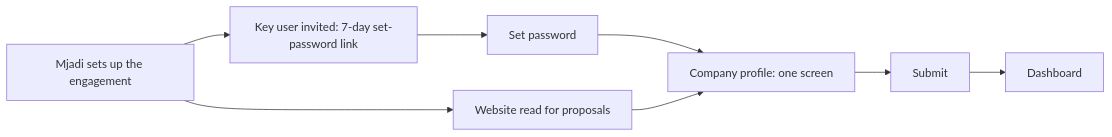
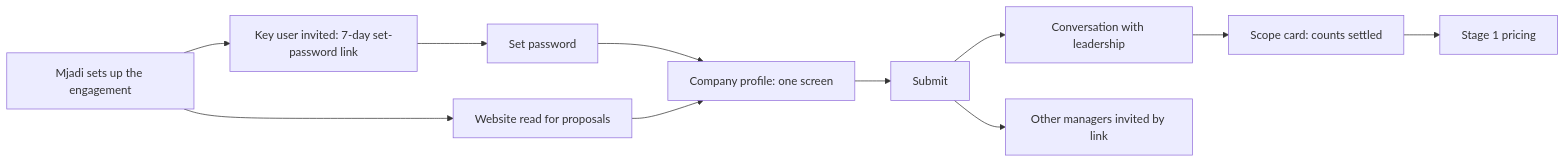
Before and after one commit to malikusman/req_app: the fourth of 6 diagrams in docs/APPLICATION_GUIDE.md, drawn with Mermaid. The commit also changed other lines of this file and 2 other files, not shown here.

First line of the commit message:
Document the conversation with leadership

````diff
--- a/docs/APPLICATION_GUIDE.md
+++ b/docs/APPLICATION_GUIDE.md
@@ -291,9 +291,11 @@
 ```mermaid
 flowchart LR
   Setup[Mjadi sets up the engagement] --> Invite[Key user invited: 7-day set-password link]
   Setup --> Read[Website read for proposals]
   Invite --> SetPw[Set password]
   SetPw --> Profile[Company profile: one screen]
   Read --> Profile
-  Profile --> Submit[Submit] --> Dashboard[Dashboard]
+  Profile --> Submit[Submit] --> Leadership[Conversation with leadership]
+  Submit --> Managers[Other managers invited by link]
+  Leadership --> Scope[Scope card: counts settled] --> Pricing[Stage 1 pricing]
 ```
````
